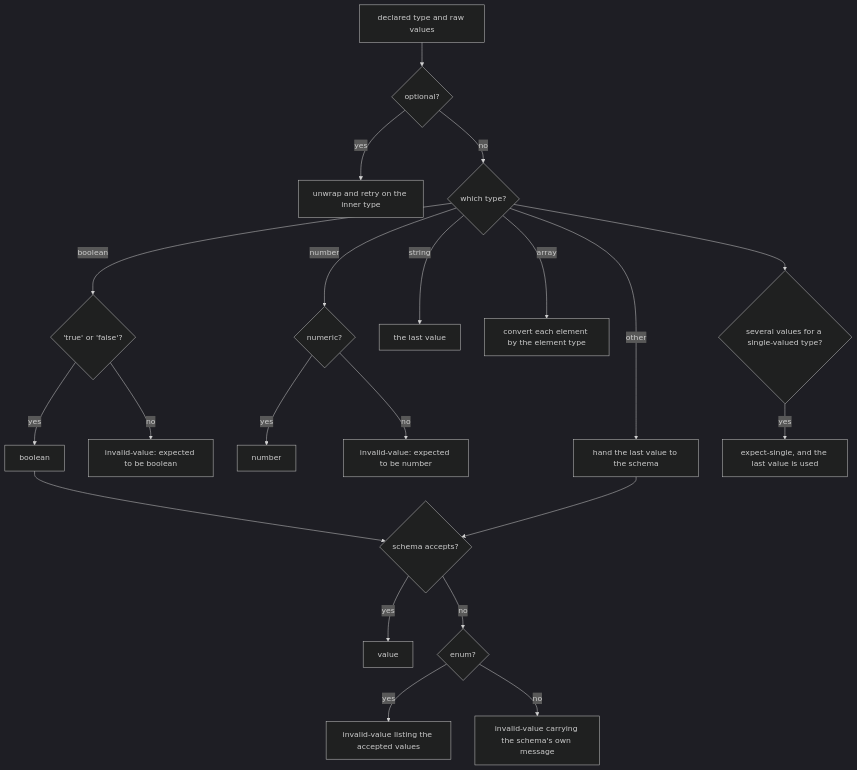
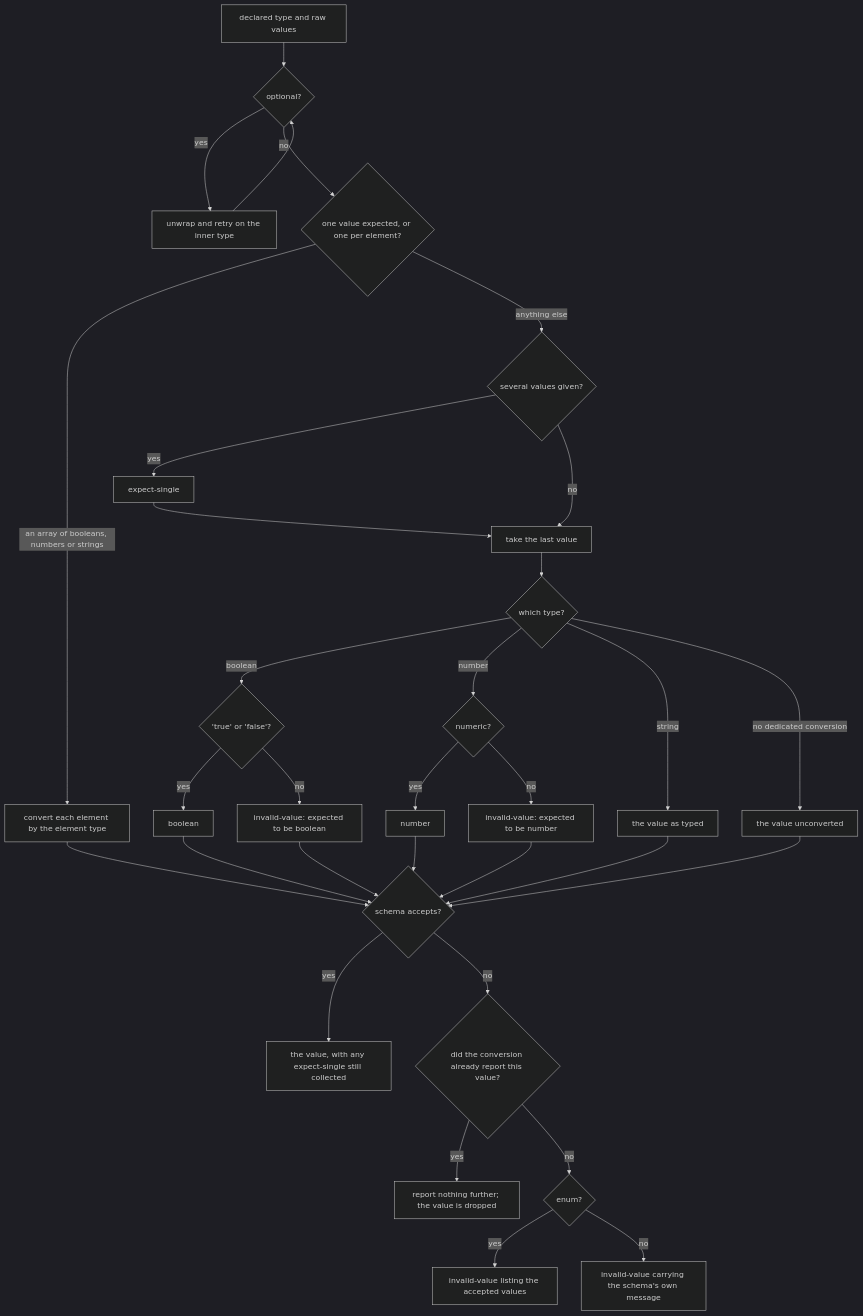
The fifth of 6 diagrams in packages/clibuilder/.agents/spec/input-parsing/README.md (clibuilder/clibuilder), drawn with Mermaid (dark theme) before and after one commit. The commit also changed other lines of this file and 1 other file, not shown here.

````diff
--- a/packages/clibuilder/.agents/spec/input-parsing/README.md
+++ b/packages/clibuilder/.agents/spec/input-parsing/README.md
@@ -215,23 +258,32 @@
 ```mermaid
 graph TD
   CV[declared type and raw values] --> OPTU{optional?}
-  OPTU -- yes --> UNWRAP[unwrap and retry on the inner type]
-  OPTU -- no --> K{which type?}
-  K -- boolean --> B{"'true' or 'false'?"}
+  OPTU -- yes --> UNWRAP[unwrap and retry on the inner type] --> OPTU
+  OPTU -- no --> K{"one value expected, or one per element?"}
+  K -- "an array of booleans, numbers or strings" --> EL[convert each element by the element type]
+  K -- "anything else" --> MULTI{"several values given?"}
+  MULTI -- yes --> ES[expect-single] --> LAST
+  MULTI -- no --> LAST[take the last value]
+  LAST --> K2{which type?}
+  K2 -- boolean --> B{"'true' or 'false'?"}
   B -- yes --> BOK[boolean]
   B -- no --> BERR[invalid-value: expected to be boolean]
-  K -- number --> N{numeric?}
+  K2 -- number --> N{numeric?}
   N -- yes --> NOK[number]
   N -- no --> NERR[invalid-value: expected to be number]
-  K -- string --> SOK[the last value]
-  K -- array --> EL[convert each element by the element type]
-  K -- other --> RAW[hand the last value to the schema]
-  K --> MULTI{"several values for a single-valued type?"}
-  MULTI -- yes --> ES[expect-single, and the last value is used]
-  BOK --> SP{schema accepts?}
+  K2 -- string --> SOK[the value as typed]
+  K2 -- "no dedicated conversion" --> RAW[the value unconverted]
+  EL --> SP
+  BOK --> SP
+  NOK --> SP
+  SOK --> SP
   RAW --> SP
-  SP -- yes --> OK[value]
-  SP -- no --> DESC{enum?}
+  BERR --> SP
+  NERR --> SP
+  SP{schema accepts?} -- yes --> OK["the value, with any expect-single still collected"]
+  SP -- no --> ALREADY{"did the conversion already report this value?"}
+  ALREADY -- yes --> ONCE[report nothing further; the value is dropped]
+  ALREADY -- no --> DESC{enum?}
   DESC -- yes --> ENUM["invalid-value listing the accepted values"]
   DESC -- no --> ZMSG["invalid-value carrying the schema's own message"]
 ```
````
